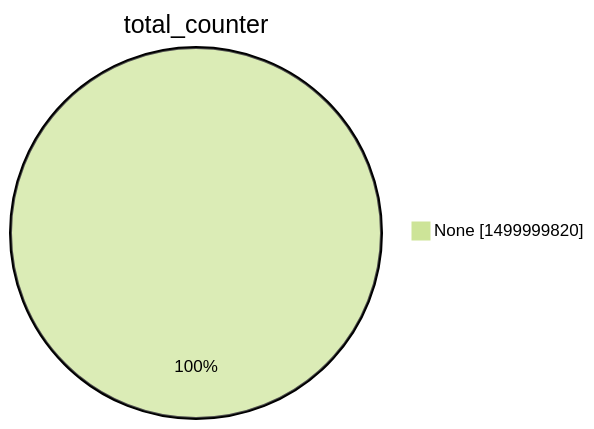
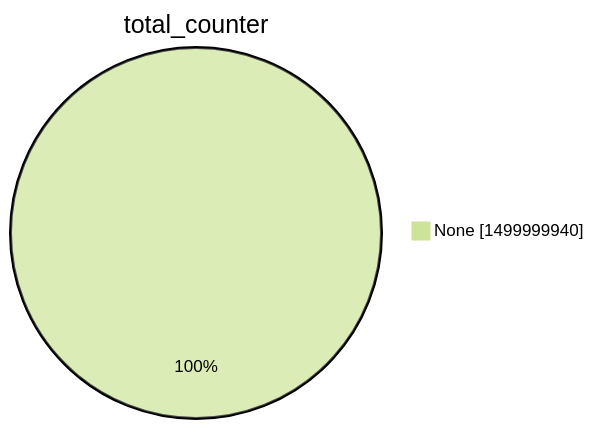
The second of 15 diagrams in xenon2022/README.md (christiankrug/ctmonitor_visualization), drawn with Mermaid (forest theme) before and after one commit. The commit also changed other lines of this file, not shown here.

````diff
--- a/xenon2022/README.md
+++ b/xenon2022/README.md
@@ -9,5 +9,5 @@
 ```mermaid
 pie showData
 title total_counter
-"None" :1499999820
+"None" :1499999940
 ```
````
